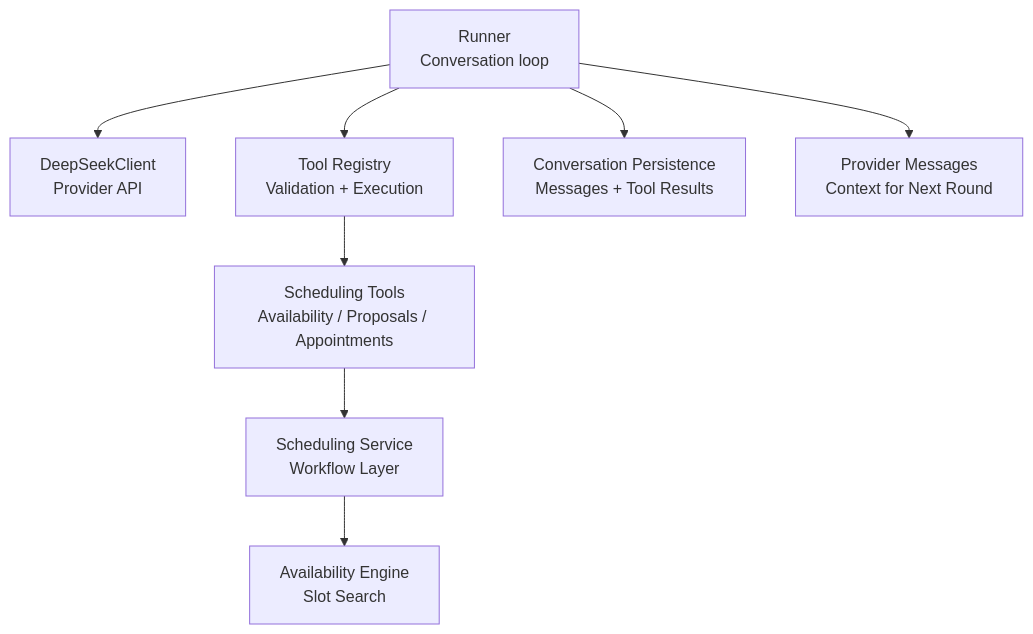
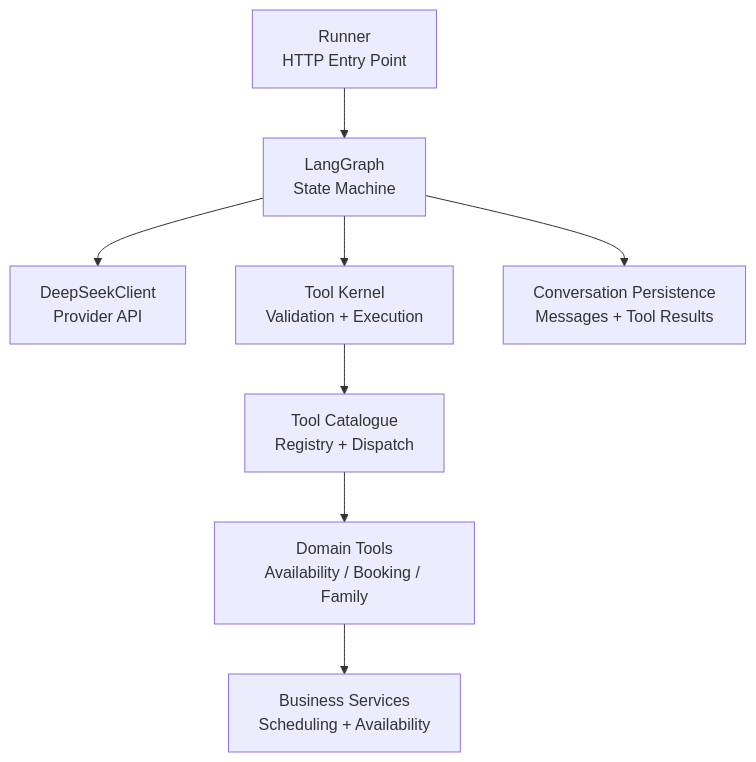
One commit to gokulkaarthicks/dental-chatbot changed the first of 9 diagrams in .qoder/repowiki/en/content/AI Agent System/Conversation Runner/Tool Orchestration Loop.md. Above: the diagram before and after it, drawn with Mermaid. The commit also changed other lines of this file and 280 other files, not shown here.

````diff
--- a/.qoder/repowiki/en/content/AI Agent System/Conversation Runner/Tool Orchestration Loop.md
+++ b/.qoder/repowiki/en/content/AI Agent System/Conversation Runner/Tool Orchestration Loop.md
@@ -45,10 +61,10 @@
 ```mermaid
 graph TB
-Runner["Runner<br/>Conversation loop"] --> Client["DeepSeekClient<br/>Provider API"]
-Runner --> Tools["Tool Registry<br/>Validation + Execution"]
-Tools --> SchedulingTools["Scheduling Tools<br/>Availability / Proposals / Appointments"]
-SchedulingTools --> SchedulingService["Scheduling Service<br/>Workflow Layer"]
-SchedulingService --> AvailabilityEngine["Availability Engine<br/>Slot Search"]
-Runner --> Conversations["Conversation Persistence<br/>Messages + Tool Results"]
-Runner --> ProviderMessages["Provider Messages<br/>Context for Next Round"]
+Runner["Runner<br/>HTTP Entry Point"] --> Graph["LangGraph<br/>State Machine"]
+Graph --> Client["DeepSeekClient<br/>Provider API"]
+Graph --> Kernel["Tool Kernel<br/>Validation + Execution"]
+Kernel --> Catalogue["Tool Catalogue<br/>Registry + Dispatch"]
+Catalogue --> Domains["Domain Tools<br/>Availability / Booking / Family"]
+Domains --> Services["Business Services<br/>Scheduling + Availability"]
+Graph --> Persistence["Conversation Persistence<br/>Messages + Tool Results"]
 ```
````
